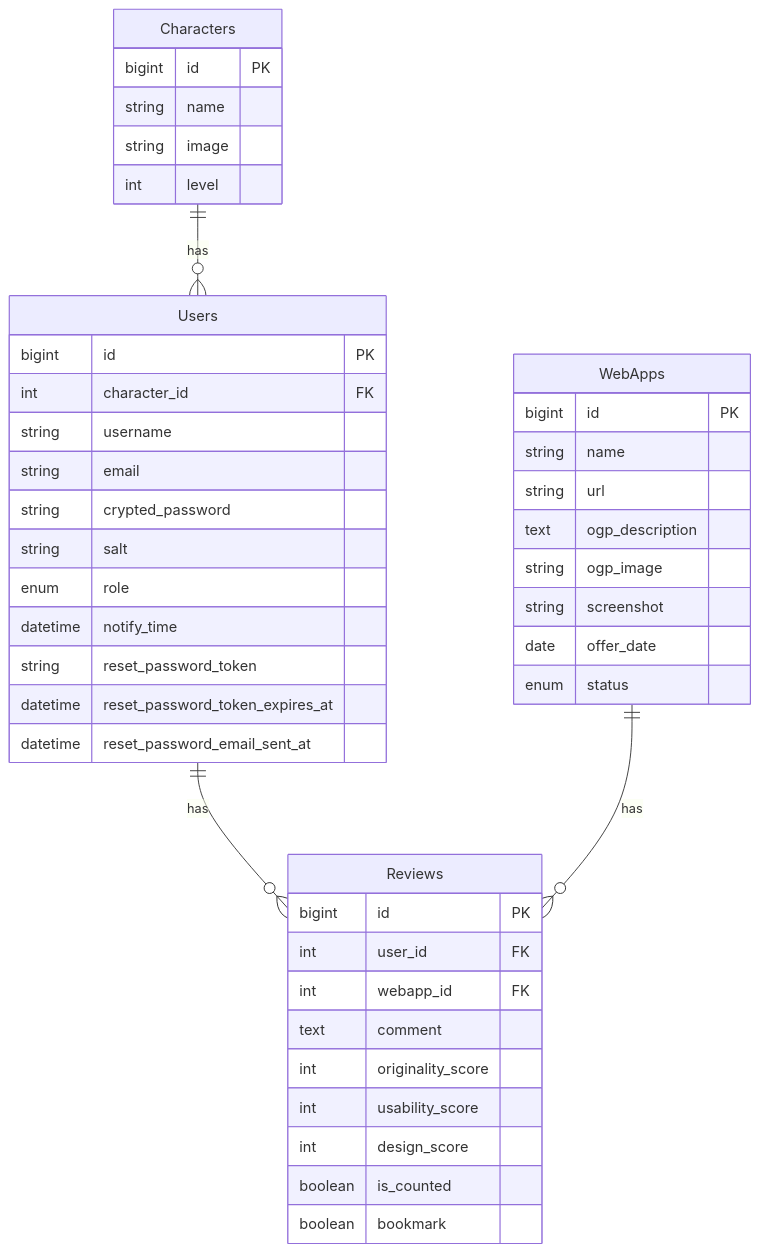
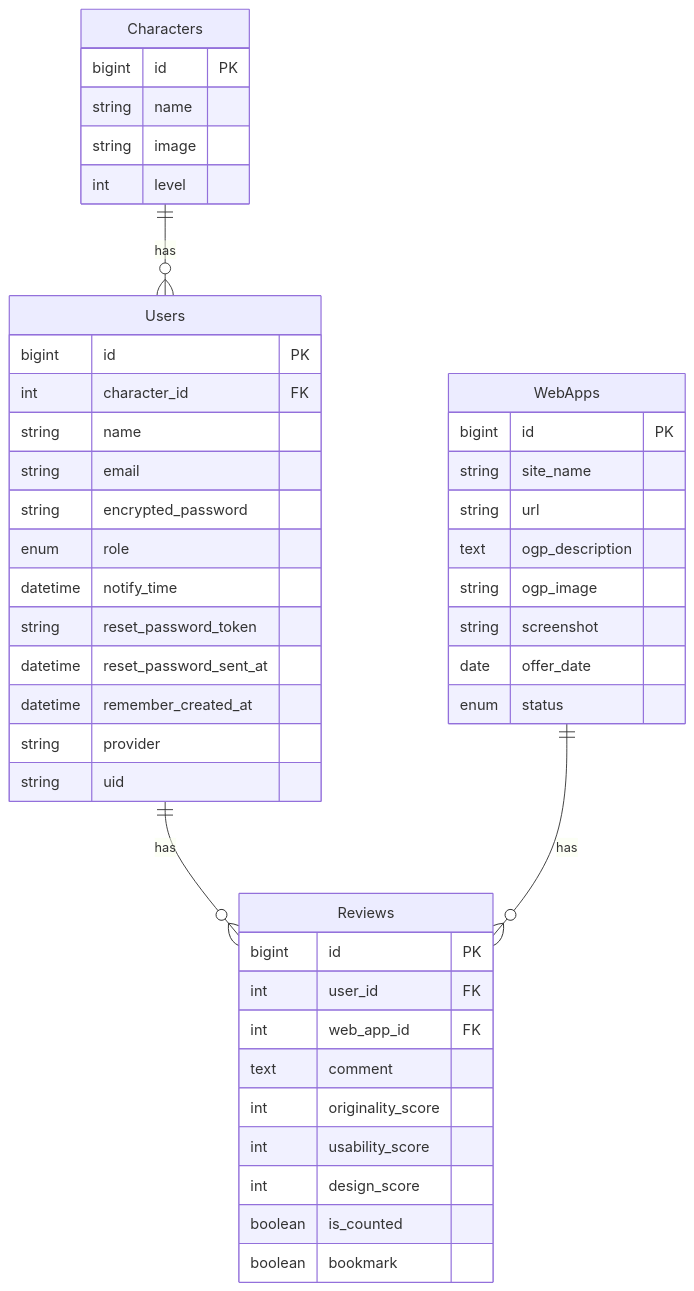
The diagram in README.md (hiroshi-okimura/web_app_diary), drawn with Mermaid before and after one commit. The commit also changed other lines of this file, not shown here.

````diff
--- a/README.md
+++ b/README.md
@@ -94,46 +93,47 @@
 ```mermaid
 erDiagram
   Users ||--o{ Reviews : has
   WebApps ||--o{ Reviews : has
   Characters ||--o{ Users : has
   Users {
 	bigint id PK
 	int character_id FK
-	string username
+	string name
 	string email
-	string crypted_password
-	string salt
+	string encrypted_password
 	enum role
 	datetime notify_time
 	string reset_password_token
-	datetime reset_password_token_expires_at
-	datetime reset_password_email_sent_at
+	datetime reset_password_sent_at
+	datetime remember_created_at
+	string provider
+	string uid
   }
   WebApps {
 	bigint id PK
-	string name
+	string site_name
 	string url
 	text ogp_description
 	string ogp_image
 	string screenshot
 	date offer_date
 	enum status
   }
   Reviews {
 	bigint id PK
 	int user_id FK
-	int webapp_id FK
+	int web_app_id FK
 	text comment
 	int originality_score
 	int usability_score
 	int design_score
 	boolean is_counted
 	boolean bookmark
   }
   Characters {
 	bigint id PK
 	string name
 	string image
 	int level
   }
 ```
````
